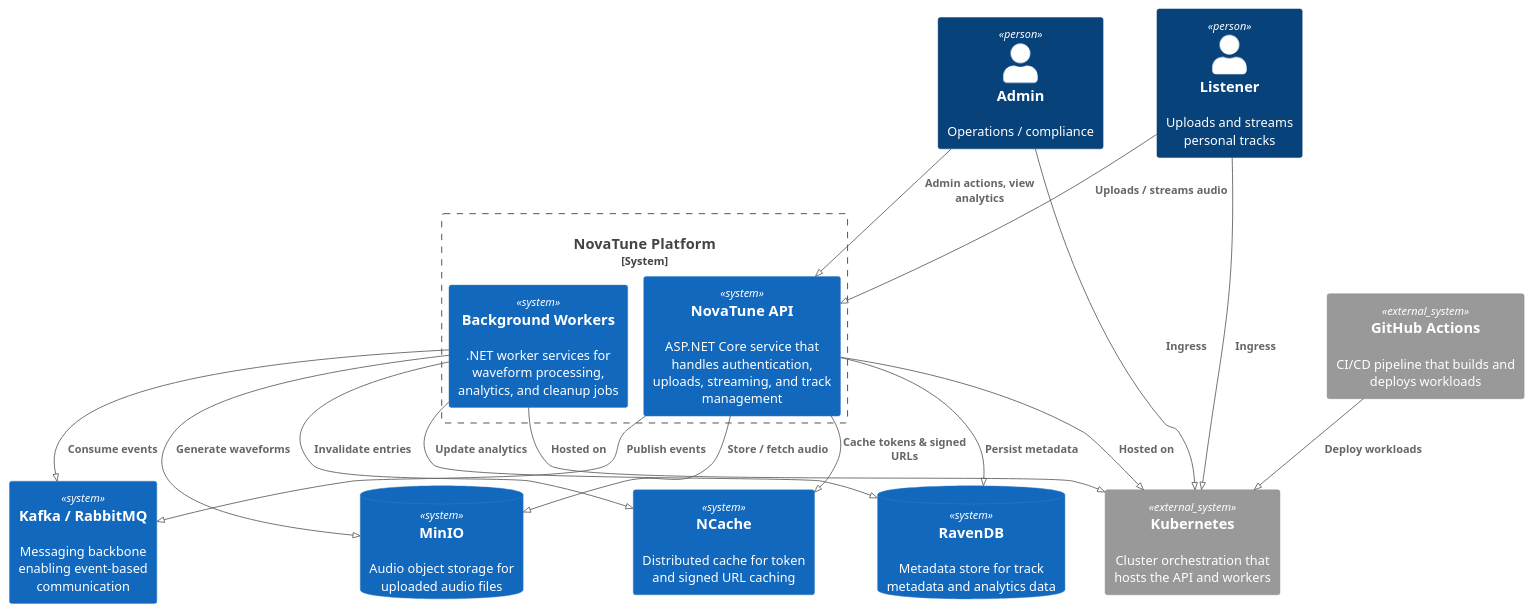
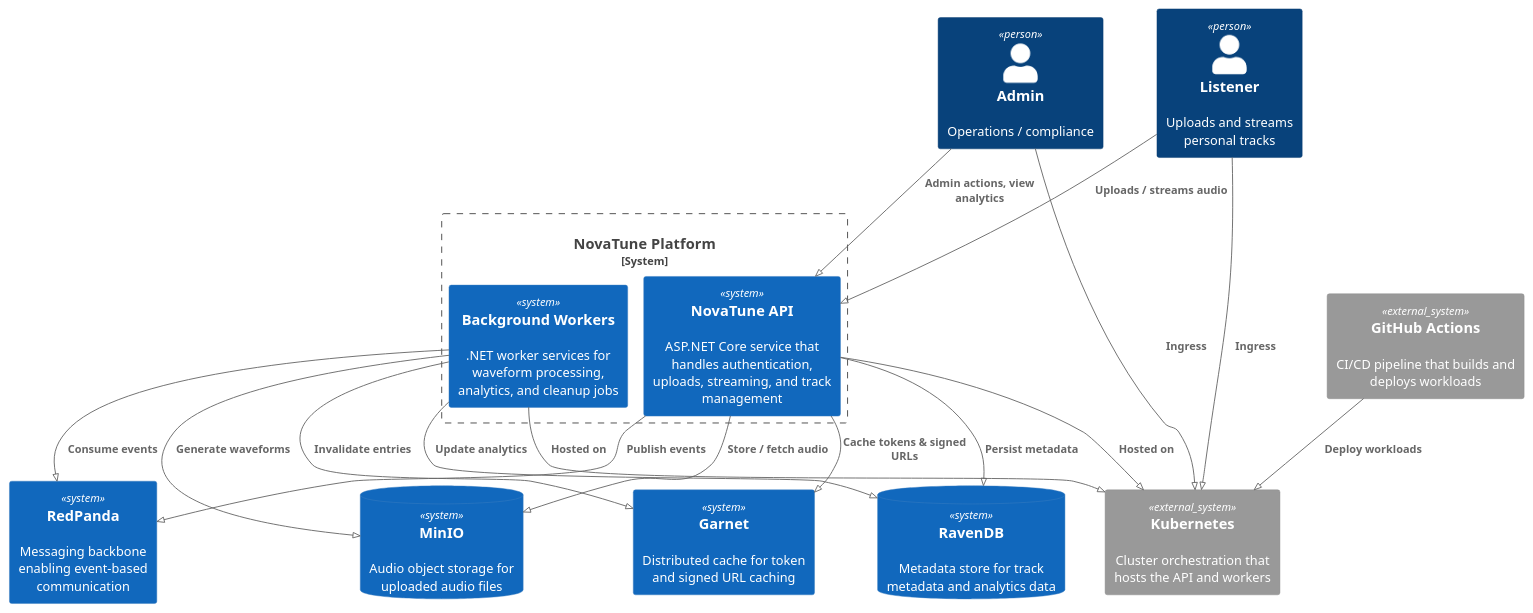
Before and after one commit to Tassadar2499/NovaTune: the diagram in doc/diagrams/context.puml, drawn with PlantUML. The commit also changed 1 other file, not shown here.

Commit message:
Update diagrams to reflect migration from NCache to Garnet and Kafka/RabbitMQ to Redpanda for distributed caching and messaging.

```diff
--- a/doc/diagrams/context.puml
+++ b/doc/diagrams/context.puml
@@ -1,40 +1,40 @@
 @startuml NovaTuneContext
 !include <C4/C4_Context>
 !pragma layout smetana
 
 Person(user, "Listener", "Uploads and streams personal tracks")
 Person(admin, "Admin", "Operations / compliance")
 
 System_Boundary(system, "NovaTune Platform") {
     System(api, "NovaTune API", "ASP.NET Core service that handles authentication, uploads, streaming, and track management")
     System(bg, "Background Workers", ".NET worker services for waveform processing, analytics, and cleanup jobs")
 }
 
 SystemDb(raven, "RavenDB", "Metadata store for track metadata and analytics data")
 SystemDb(minio, "MinIO", "Audio object storage for uploaded audio files")
-System(queue, "Kafka / RabbitMQ", "Messaging backbone enabling event-based communication")
-System(cache, "NCache", "Distributed cache for token and signed URL caching")
+System(queue, "RedPanda", "Messaging backbone enabling event-based communication")
+System(cache, "Garnet", "Distributed cache for token and signed URL caching")
 System_Ext(k8s, "Kubernetes", "Cluster orchestration that hosts the API and workers")
 System_Ext(ci, "GitHub Actions", "CI/CD pipeline that builds and deploys workloads")
 
 Rel(user, api, "Uploads / streams audio")
 Rel(admin, api, "Admin actions, view analytics")
 
 Rel(api, raven, "Persist metadata")
 Rel(api, minio, "Store / fetch audio")
 Rel(api, queue, "Publish events")
 Rel(api, cache, "Cache tokens & signed URLs")
 Rel(api, k8s, "Hosted on")
 
 Rel(bg, queue, "Consume events")
 Rel(bg, raven, "Update analytics")
 Rel(bg, minio, "Generate waveforms")
 Rel(bg, cache, "Invalidate entries")
 Rel(bg, k8s, "Hosted on")
 
 Rel(ci, k8s, "Deploy workloads")
 
 Rel(user, k8s, "Ingress")
 Rel(admin, k8s, "Ingress")
 
 @enduml
```
